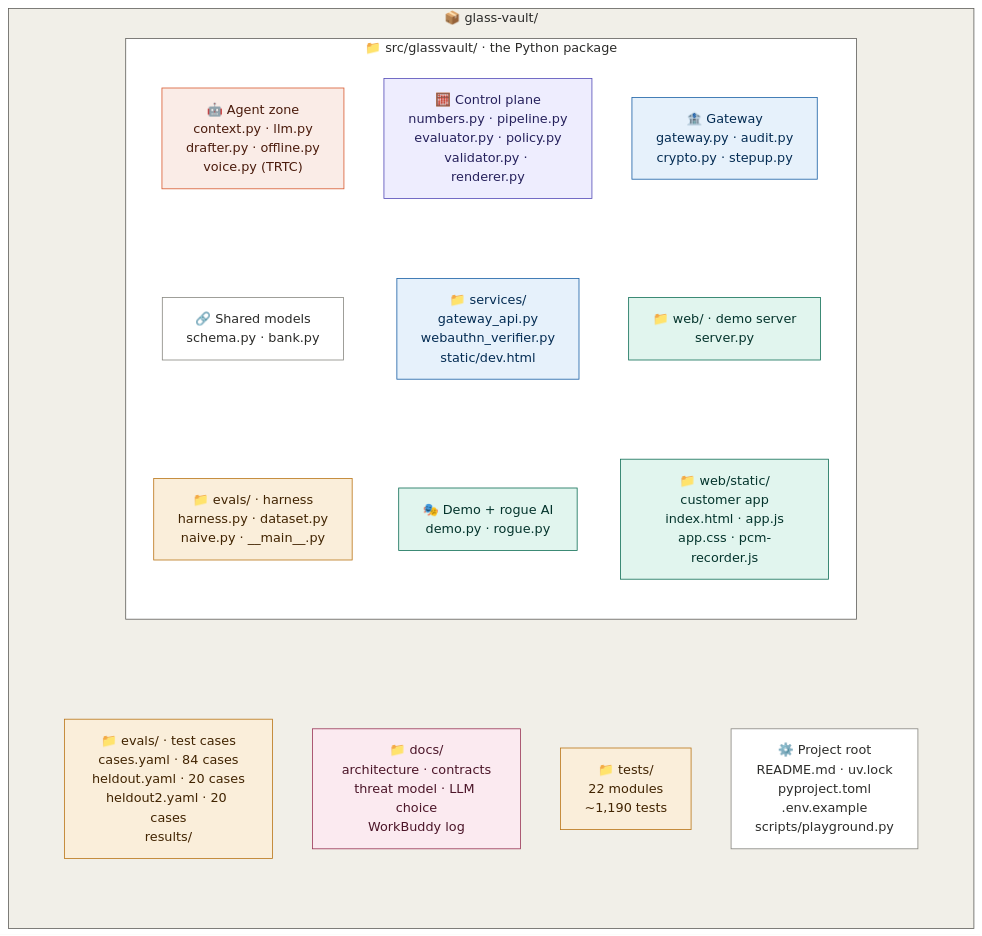
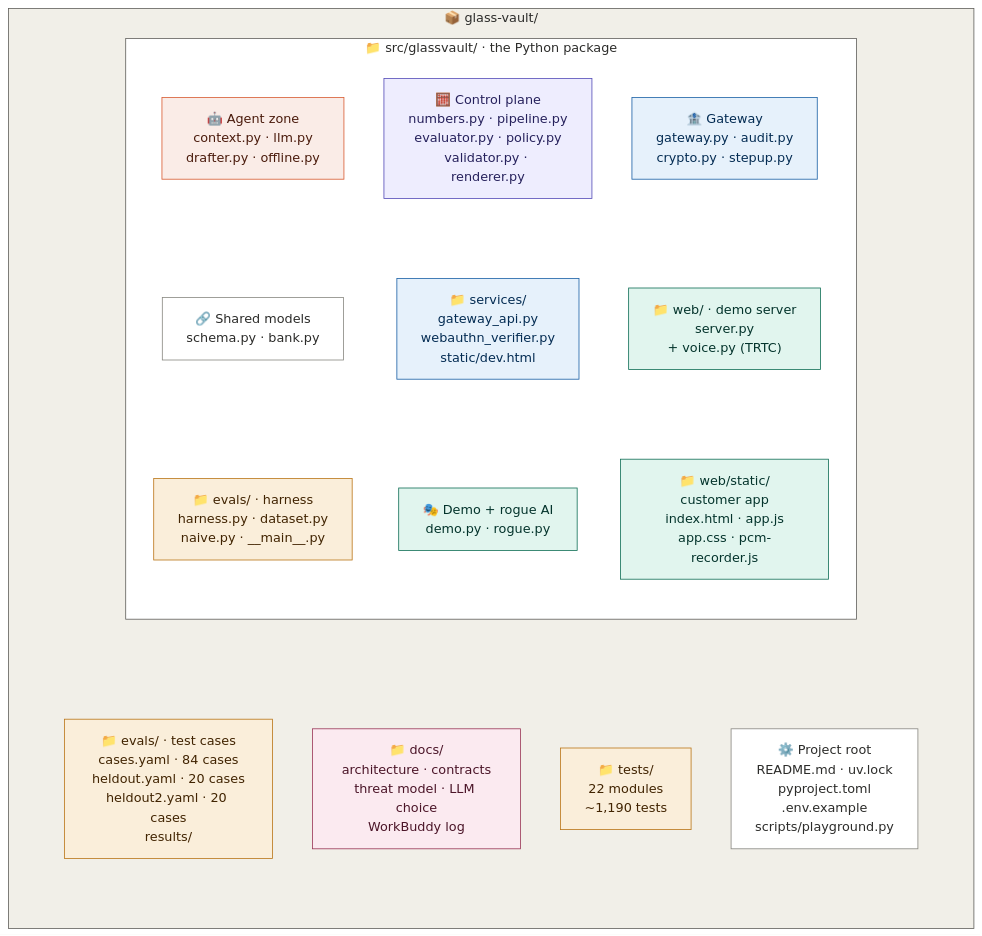
Before and after one commit to Luo-Z-Y/glass-vault: the second of 2 diagrams in docs/ARCHITECTURE.md, drawn with Mermaid. The commit also changed other lines of this file and 6 other files, not shown here.

````diff
--- a/docs/ARCHITECTURE.md
+++ b/docs/ARCHITECTURE.md
@@ -114,47 +114,47 @@
 ```mermaid
 flowchart TB
     subgraph repo["📦 glass-vault/"]
         direction TB
         subgraph pkg["📁 src/glassvault/ · the Python package"]
             direction TB
-            g_agent["🤖 Agent zone<br/>context.py · llm.py<br/>drafter.py · offline.py<br/>voice.py (TRTC)"]
+            g_agent["🤖 Agent zone<br/>context.py · llm.py<br/>drafter.py · offline.py"]
             g_control["🧮 Control plane<br/>numbers.py · pipeline.py<br/>evaluator.py · policy.py<br/>validator.py · renderer.py"]
             g_gateway["🏦 Gateway<br/>gateway.py · audit.py<br/>crypto.py · stepup.py"]
             g_shared["🔗 Shared models<br/>schema.py · bank.py"]
             g_services["📁 services/<br/>gateway_api.py<br/>webauthn_verifier.py<br/>static/dev.html"]
-            g_web["📁 web/ · demo server<br/>server.py"]
+            g_web["📁 web/ · demo server<br/>server.py<br/>+ voice.py (TRTC)"]
             g_static["📁 web/static/<br/>customer app<br/>index.html · app.js<br/>app.css · pcm-recorder.js"]
             g_evals["📁 evals/ · harness<br/>harness.py · dataset.py<br/>naive.py · __main__.py"]
             g_demo["🎭 Demo + rogue AI<br/>demo.py · rogue.py"]
             g_agent ~~~ g_shared ~~~ g_evals
             g_control ~~~ g_services ~~~ g_demo
             g_gateway ~~~ g_web ~~~ g_static
         end
         subgraph rest[" "]
             direction TB
             r_evals["📁 evals/ · test cases<br/>cases.yaml · 84 cases<br/>heldout.yaml · 20 cases<br/>heldout2.yaml · 20 cases<br/>results/"]
             r_docs["📁 docs/<br/>architecture · contracts<br/>threat model · LLM choice<br/>WorkBuddy log"]
             r_tests["📁 tests/<br/>22 modules<br/>~1,190 tests"]
             r_project["⚙️ Project root<br/>README.md · uv.lock<br/>pyproject.toml<br/>.env.example<br/>scripts/playground.py"]
         end
         pkg ~~~ rest
     end
 
     classDef shared fill:#FFFFFF,stroke:#888780,color:#2C2C2A
     classDef agentN fill:#FAECE7,stroke:#D85A30,color:#4A1B0C
     classDef controlN fill:#EEEDFE,stroke:#534AB7,color:#26215C
     classDef gatewayN fill:#E6F1FB,stroke:#185FA5,color:#042C53
     classDef demoN fill:#E1F5EE,stroke:#0F6E56,color:#04342C
     classDef testN fill:#FAEEDA,stroke:#BA7517,color:#412402
     classDef docN fill:#FBEAF0,stroke:#993556,color:#4B1528
     class g_shared,r_project shared
     class g_agent agentN
     class g_control controlN
     class g_gateway,g_services gatewayN
     class g_web,g_static,g_demo demoN
     class g_evals,r_evals,r_tests testN
     class r_docs docN
     style repo fill:#F1EFE8,stroke:#5F5E5A,color:#2C2C2A
     style pkg fill:#FFFFFF,stroke:#5F5E5A,color:#2C2C2A
     style rest fill:none,stroke:none
 ```
````
